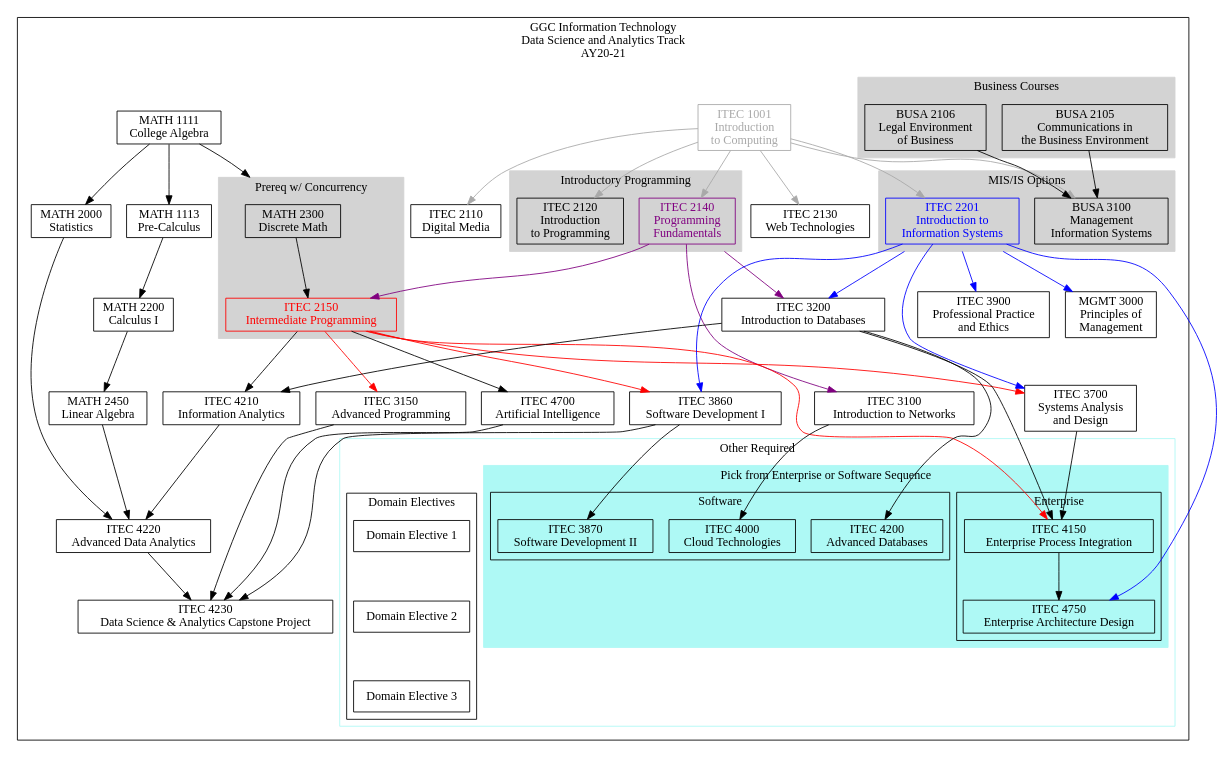
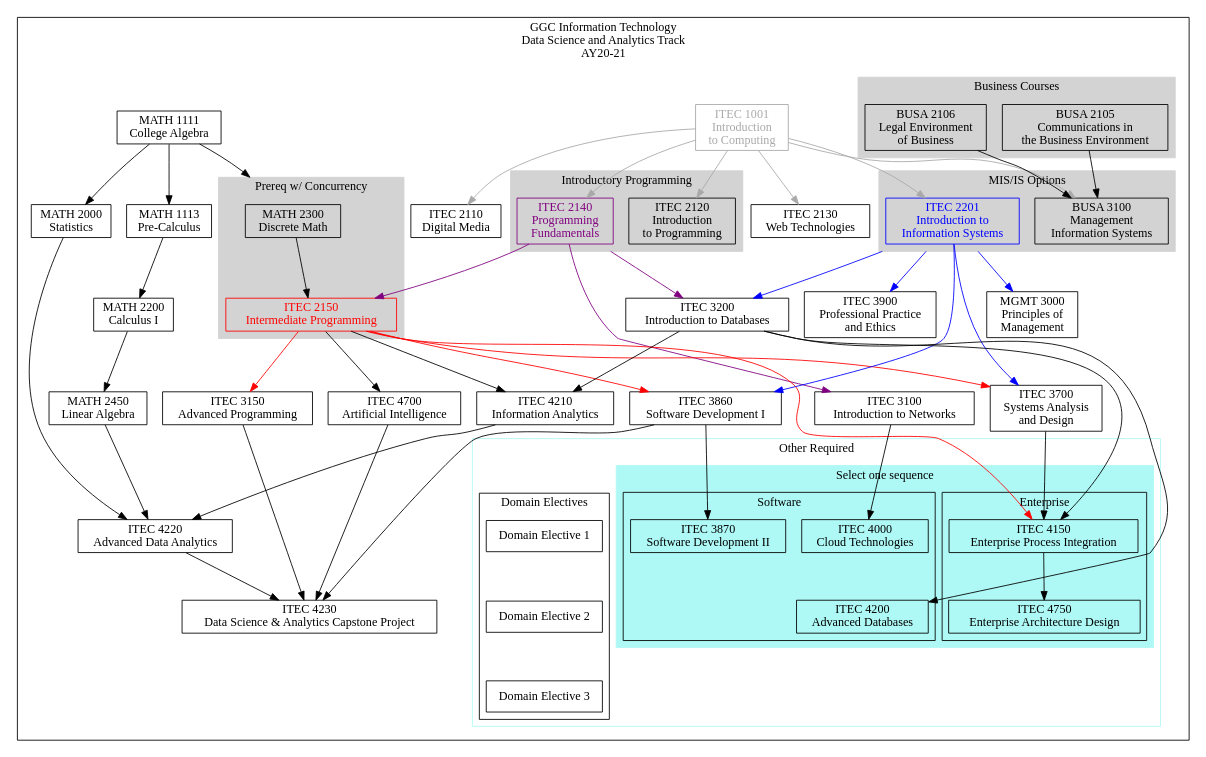
The diagram in AY20-21/DataScienceAndAnalytics.dot (soft-eng-practicum/itec-plans), drawn with Graphviz before and after one commit. The commit also changed 3 other files, not shown here.

Commit message:
minor fixes to DSA 20-21 graphviz output

```diff
--- a/AY20-21/DataScienceAndAnalytics.dot
+++ b/AY20-21/DataScienceAndAnalytics.dot
@@ -1,177 +1,176 @@
 digraph G {
 
     node [shape = record, fontname="Sans serif" fontsize="14"];
     compound = true //  needed to link clusters and nodes
     splines = true
     ranksep=0.75
 
      // All
     itec1001[label = "ITEC 1001\nIntroduction \nto Computing" color=darkgray fontcolor=darkgray]
     itec2110[label = "ITEC 2110\nDigital Media"]
     itec2120[label = "ITEC 2120\nIntroduction\nto Programming"]
     itec2130[label = "ITEC 2130\nWeb Technologies"]
     itec2140[label = "ITEC 2140\nProgramming \nFundamentals" color=purple fontcolor=purple]
     itec2150[label = "ITEC 2150\nIntermediate Programming" color=red fontcolor=red]
     itec2201[label = "ITEC 2201\nIntroduction to\nInformation Systems" color=blue fontcolor=blue]
     itec3100[label = "ITEC 3100\nIntroduction to Networks"]
     itec3200[label = "ITEC 3200\nIntroduction to Databases"]
     itec3900[label = "ITEC 3900\nProfessional Practice\nand Ethics"]
     busa2105[label = "BUSA 2105\nCommunications in\nthe Business Environment"]
     busa2106[label = "BUSA 2106\nLegal Environment\nof Business"]
     busa3100[label = "BUSA 3100\nManagement \nInformation Systems"]
     math1111[label = "MATH 1111\nCollege Algebra"]
     math1113[label = "MATH 1113\nPre-Calculus"]
     math2300[label = "MATH 2300\nDiscrete Math"]
     math2000[label = "MATH 2000\nStatistics"]
     math2200[label = "MATH 2200\nCalculus I"]
     mgmt3000[label = "MGMT 3000\nPrinciples of\nManagement"]
 
     // Data Science and Analytics
     itec3150[label = "ITEC 3150\nAdvanced Programming"]
     itec3700[label = "ITEC 3700\nSystems Analysis\nand Design"]
     itec3860[label = "ITEC 3860\nSoftware Development I"]
     itec3870[label = "ITEC 3870\nSoftware Development II"]
     itec4150[label = "ITEC 4150\nEnterprise Process Integration"]
     itec4000[label = "ITEC 4000\nCloud Technologies"]
     itec4200[label = "ITEC 4200\nAdvanced Databases"]
     itec4210[label = "ITEC 4210\nInformation Analytics"]
     itec4220[label = "ITEC 4220\nAdvanced Data Analytics"]
     itec4230[label = "ITEC 4230\nData Science & Analytics Capstone Project"]
     itec4750[label = "ITEC 4750\nEnterprise Architecture Design"]
     itec4700[label = "ITEC 4700\nArtificial Intelligence"]
     domain1[label = "Domain Elective 1"]
     domain2[label = "Domain Elective 2"]
     domain3[label = "Domain Elective 3"]
     math2450[label = "MATH 2450\nLinear Algebra"]
 
 
     subgraph clusterdsa {
         label="GGC Information Technology\nData Science and Analytics Track\nAY20-21"
 
         subgraph clusterrequired {
             label=""
             node [style=filled];
             style=filled;
 
             color="#FFFFFF";
 
             itec1001 -> itec2110 [color=darkgray]
 
             itec1001 -> itec2120 [color=darkgray]
             itec1001 -> itec2130 [color=darkgray]
             itec1001 -> itec2201 [color=darkgray]
             itec1001 -> busa3100 [color=darkgray]
             itec2140 -> itec2150 [color=purple]
             itec2140 -> itec3100 [color=purple]
             itec2201 -> itec3200 [ltail=cluster22013100 color=blue]
             itec2140 -> itec3200 [ltail=cluster21202140 color=purple]
             itec2201 -> mgmt3000 [ltail=cluster22013100 color=blue]
 
             itec2150 -> itec4150 [color=red]
             itec3200 -> itec4150
             itec3700 -> itec4150
-            itec2201 -> itec4750 [color=blue]
             itec4150 -> itec4750
             
             busa2106 -> busa3100
             busa2105 -> busa3100
             itec1001 -> itec2140 [color=darkgray]
             itec2150 -> itec3150 [lltail=clusterdiscrete color=red]
 
             itec2150 -> itec3700 [lltail=clusterdiscrete color=red]
             itec2201 -> itec3700 [color=blue]
 
             itec2150 -> itec3860 [color=red]
             itec2201 -> itec3860 [color=blue]
             itec3860 -> itec3870
             itec2201 -> itec3900 [ltail=cluster22013100 color=blue]
             itec3100 -> itec4000
             itec2150 -> itec4210
             itec3200 -> itec4210
             itec4210 -> itec4220
             math2000 -> itec4220
             math2200 -> math2450
             math2450 -> itec4220
             itec3860 -> itec4230
             itec4220 -> itec4230
             itec3150 -> itec4230
             itec4700 -> itec4230
             itec2150 -> itec4700
 
             math1113 -> math2200
             math1111 -> math1113
             math1111 -> math2000
             math1111 -> math2300 [lhead=clusterdiscrete]
            
             itec3200 -> itec4200
 
             subgraph cluster21202140 {
                 label = "Introductory Programming";
                 color=lightgrey;
                 itec2120
                 itec2140
             }
             subgraph cluster22013100 {
                 label = "MIS/IS Options";
                 color=lightgrey;
                 busa3100
                 itec2201
             }
             subgraph cluster21052106 {
                 label = "Business Courses"
                 color=lightgrey;
                 busa2105
                 busa2106
             }
             
             subgraph clusterdiscrete {
                 label = "Prereq w/ Concurrency";
                 node [style=filled];
                 style=filled;
                 color=lightgrey;
                 math2300 -> itec2150
             }
 
             subgraph clusterotherrequired {
                 label = "Other Required"
                 node [style=filled];
                 style=filled;
                 graph[style=solid]
                 color="#AEF9F5"
 
 
                 subgraph clusteritecoptions {
-                    label = "Pick from Enterprise or Software Sequence"
+                    label = "Select one sequence"
                     node [style=filled];
                     style=filled;
                     color="#AEF9F5"
 
                     subgraph clusteritecopt1 {
                         label = "Enterprise";
                         graph[style=solid]
                         color=black
                         itec4150
                         itec4750
                     }
 
                     subgraph clusteritecopt2 {
                         label = "Software";
                         graph[style=solid]
                         color=black
-                        itec3870
-                        itec4000
+                        itec3870 
+                        itec4000 -> itec4200 [style="invis"]
                         itec4200
                     }
                 }
 
                 subgraph clusterdomain {
                     label = "Domain Electives";
                     graph[style=solid]
                     color=black
                     domain1 -> domain2 [style="invis"]
                     domain2 -> domain3 [style="invis"]
                 }               
             }
         }    
     }
 }
```
